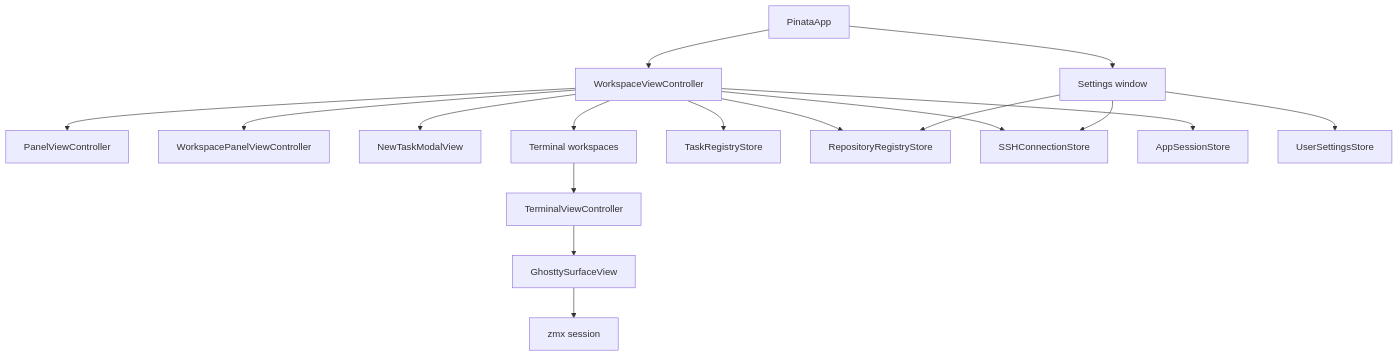
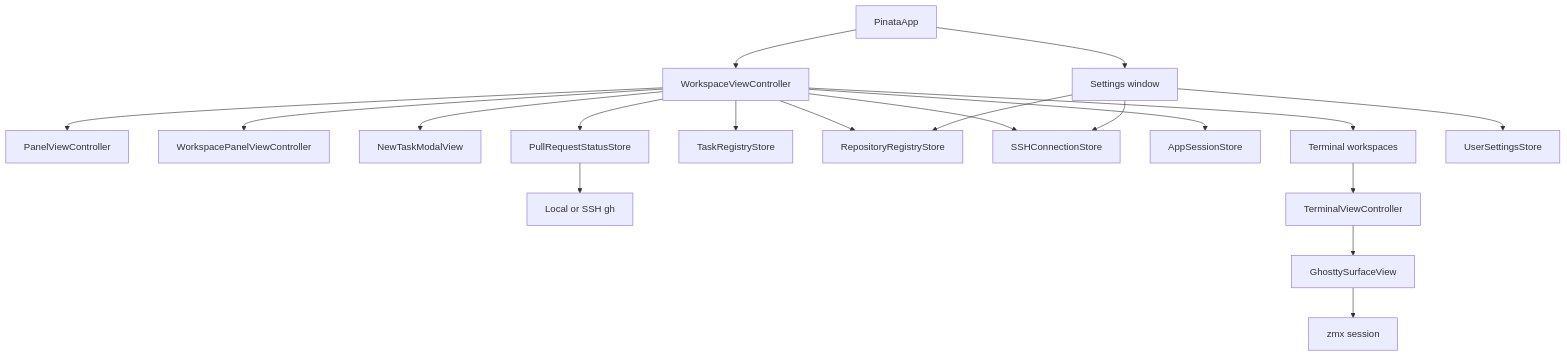
One commit to gh0stonio/pinata changed the first of 5 diagrams in docs/application-architecture.md. Above: the diagram before and after it, drawn with Mermaid. The commit also changed other lines of this file and 21 other files, not shown here.

Commit message:
Stabilize terminal sessions and pull request tracking

````diff
--- a/docs/application-architecture.md
+++ b/docs/application-architecture.md
@@ -7,19 +7,21 @@
 ```mermaid
 flowchart TB
     App[PinataApp] --> Workspace[WorkspaceViewController]
     App --> Settings[Settings window]
     Workspace --> LeftPanel[PanelViewController]
     Workspace --> RightPanel[WorkspacePanelViewController]
     Workspace --> TaskModal[NewTaskModalView]
     Workspace --> Terminals[Terminal workspaces]
     Workspace --> TaskStore[TaskRegistryStore]
     Workspace --> RepositoryStore[RepositoryRegistryStore]
     Workspace --> ConnectionStore[SSHConnectionStore]
     Workspace --> SessionStore[AppSessionStore]
+    Workspace --> PRStore[PullRequestStatusStore]
+    PRStore --> GH[Local or SSH gh]
     Terminals --> TerminalVC[TerminalViewController]
     TerminalVC --> Ghostty[GhosttySurfaceView]
     Ghostty --> Zmx[zmx session]
     Settings --> Theme[UserSettingsStore]
     Settings --> RepositoryStore
     Settings --> ConnectionStore
 ```
````
